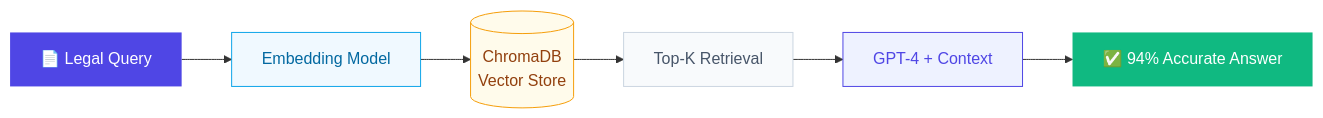
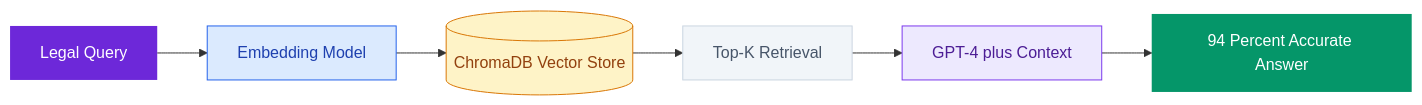
The sixth of 10 diagrams in README.md (Hamza-Kahloon786/Hamza-Kahloon786), drawn with Mermaid before and after one commit. The commit also changed other lines of this file and 23 other files, not shown here.

````diff
--- a/README.md
+++ b/README.md
@@ -181,14 +194,14 @@
 ```mermaid
 flowchart LR
-    Q[📄 Legal Query] --> E[Embedding Model]
-    E --> V[(ChromaDB\nVector Store)]
+    Q[Legal Query] --> E[Embedding Model]
+    E --> V[(ChromaDB Vector Store)]
     V --> R[Top-K Retrieval]
-    R --> G[GPT-4 + Context]
-    G --> A[✅ 94% Accurate Answer]
-    style Q fill:#4F46E5,color:#fff,stroke:none
-    style A fill:#10B981,color:#fff,stroke:none
-    style G fill:#EEF2FF,color:#4F46E5,stroke:#4F46E5
-    style V fill:#FFFBEB,color:#92400E,stroke:#F59E0B
-    style E fill:#F0F9FF,color:#0369A1,stroke:#0EA5E9
-    style R fill:#F8FAFC,color:#475569,stroke:#CBD5E1
+    R --> G[GPT-4 plus Context]
+    G --> A[94 Percent Accurate Answer]
+    style Q fill:#6D28D9,color:#fff,stroke:none
+    style A fill:#059669,color:#fff,stroke:none
+    style G fill:#EDE9FE,color:#4C1D95,stroke:#7C3AED
+    style V fill:#FEF3C7,color:#92400E,stroke:#D97706
+    style E fill:#DBEAFE,color:#1E40AF,stroke:#2563EB
+    style R fill:#F1F5F9,color:#475569,stroke:#CBD5E1
 ```
````
